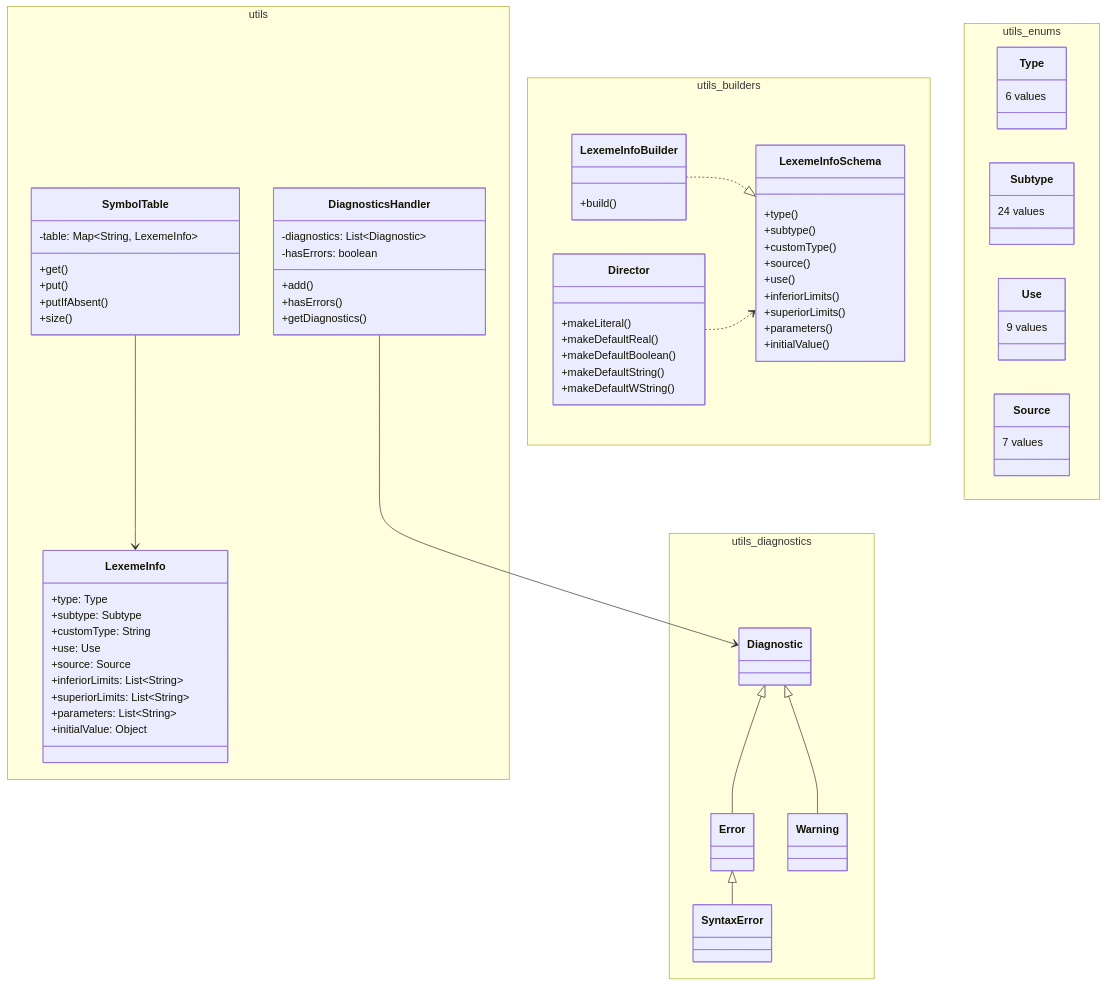
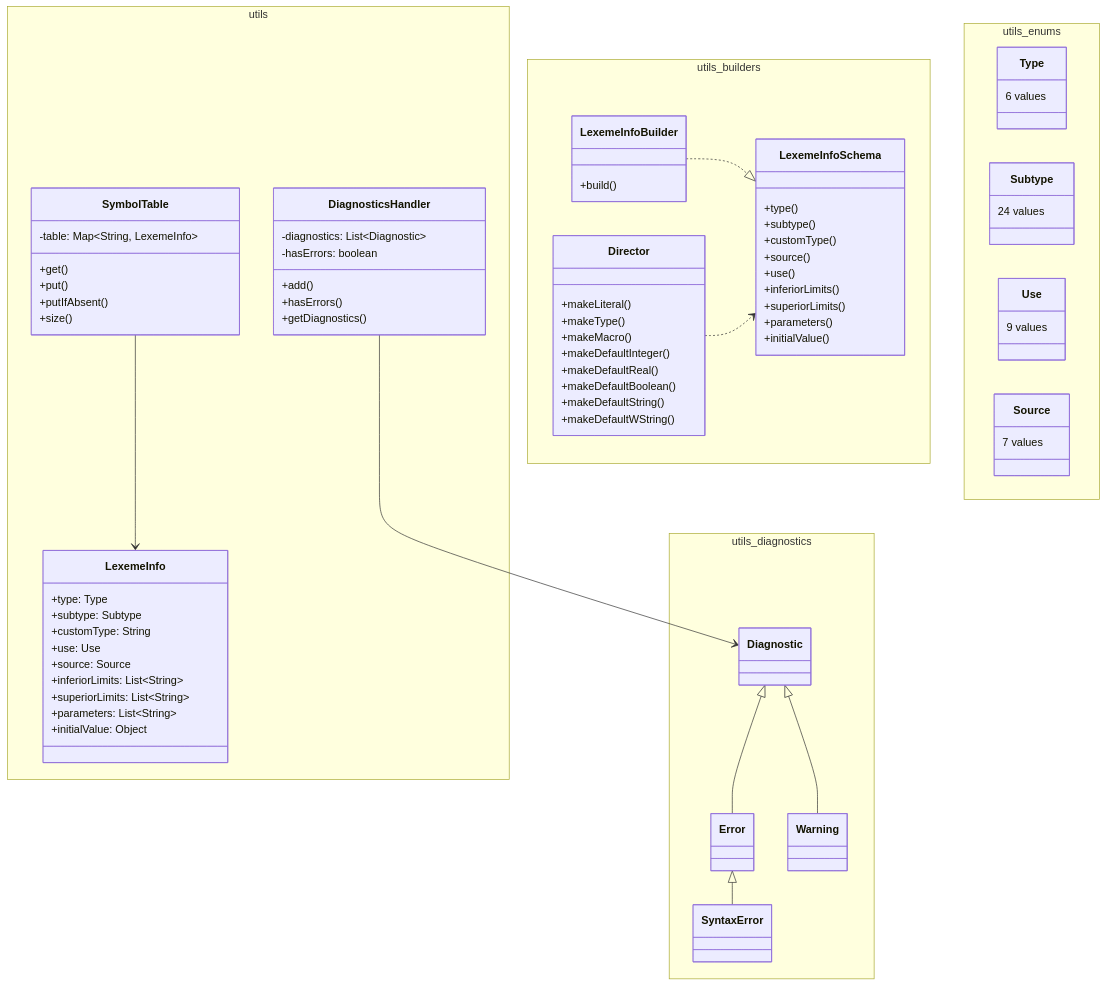
Before and after one commit to PascalUser/FLC-IEC61131-7: the second of 4 diagrams in doc/modules/utils.md, drawn with Mermaid. The commit also changed other lines of this file and 45 other files, not shown here.

````diff
--- a/doc/modules/utils.md
+++ b/doc/modules/utils.md
@@ -43,72 +44,76 @@
 ```mermaid
 classDiagram
     namespace utils {
         class SymbolTable {
             -table: Map~String, LexemeInfo~
             +get()
             +put()
             +putIfAbsent()
             +size()
         }
         class LexemeInfo {
             +type: Type
             +subtype: Subtype
             +customType: String
             +use: Use
             +source: Source
             +inferiorLimits: List~String~
             +superiorLimits: List~String~
             +parameters: List~String~
             +initialValue: Object
         }
         class DiagnosticsHandler {
             -diagnostics: List~Diagnostic~
             -hasErrors: boolean
             +add()
             +hasErrors()
             +getDiagnostics()
         }
     }
     namespace utils_builders {
         class LexemeInfoSchema {
             +type()
             +subtype()
             +customType()
             +source()
             +use()
             +inferiorLimits()
             +superiorLimits()
             +parameters()
             +initialValue()
         }
         class LexemeInfoBuilder {
             +build()
         }
         class Director {
             +makeLiteral()
+            +makeType()
+            +makeMacro()
+            +makeDefaultInteger()
             +makeDefaultReal()
             +makeDefaultBoolean()
             +makeDefaultString()
             +makeDefaultWString()
         }
     }
     namespace utils_enums {
         class Type { 6 values }
         class Subtype { 24 values }
         class Use { 9 values }
         class Source { 7 values }
     }
     namespace utils_diagnostics {
         class Diagnostic
         class Error
         class Warning
         class SyntaxError
     }
     Diagnostic <|-- Error
     Diagnostic <|-- Warning
     Error <|-- SyntaxError
     LexemeInfoBuilder ..|> LexemeInfoSchema
     Director ..> LexemeInfoSchema
     SymbolTable --> LexemeInfo
     DiagnosticsHandler --> Diagnostic
+
 ```
````
